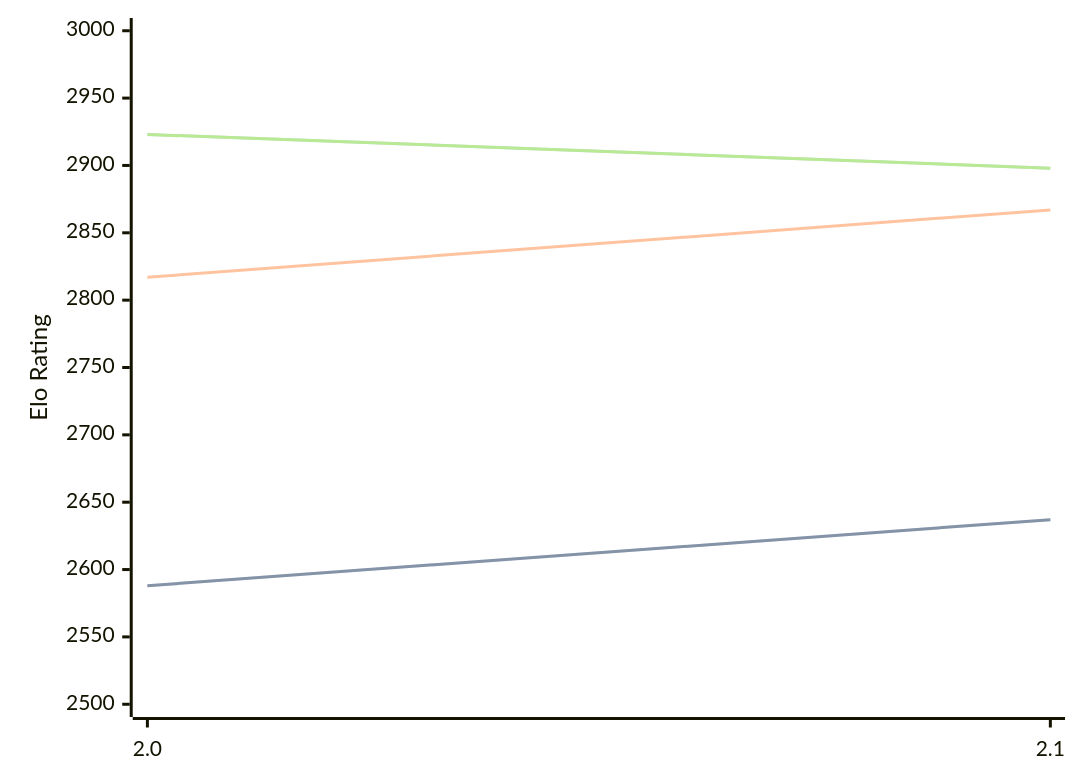
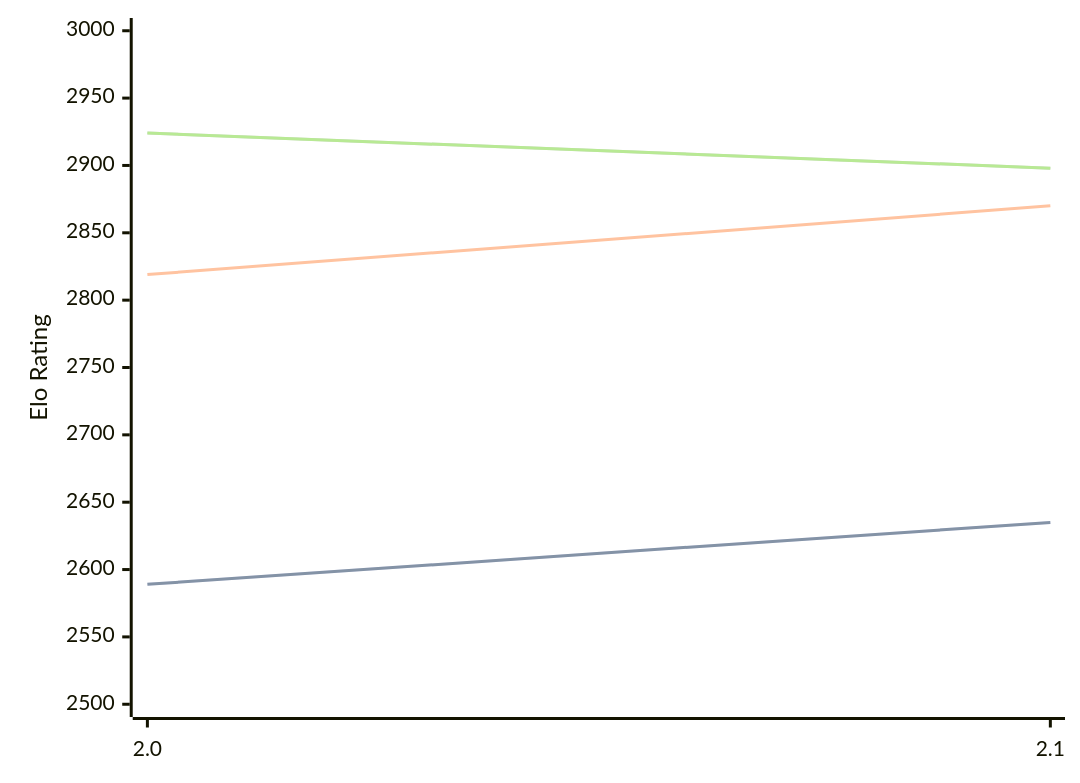
One commit to computer-chess-index/cci changed the diagram in engines/Noggin.md. Above: the diagram before and after it, drawn with Mermaid. The commit also changed other lines of this file, not shown here.

Commit message:
Update CCI Ratings (ELO VLTC) - 2026-07-23

````diff
--- a/engines/Noggin.md
+++ b/engines/Noggin.md
@@ -33,11 +33,11 @@
 ```mermaid
 %%{init: {"theme":"base","themeVariables":{"seriesColors:['#a3a3a3','#222221','#faa371']}}}%%
 xychart-beta
   x-axis ["2.0", "2.1"]
   y-axis "Elo Rating" 2500 --> 3000
-  line "STC (8.0+0.08s)" [2588, 2637]
-  line "STC (8.0+0.08s)" [2588, 2637]
-  line "LTC (60.0+0.60s)" [2817, 2867]
-  line "VLTC (2m24s+1.12s)" [2923, 2898]
-  line "VLTC (2m24s+1.12s)" [2923, 2898]
+  line "STC (8.0+0.08s)" [2589, 2635]
+  line "STC (8.0+0.08s)" [2589, 2635]
+  line "LTC (60.0+0.60s)" [2819, 2870]
+  line "VLTC (2m24s+1.12s)" [2924, 2898]
+  line "VLTC (2m24s+1.12s)" [2924, 2898]
 ```
````
